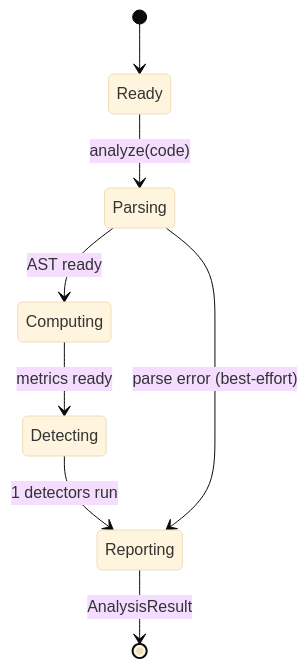
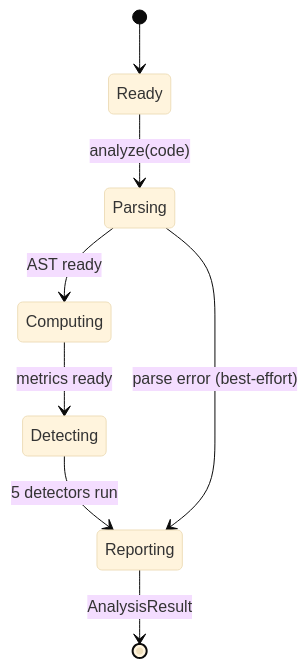
One commit to Anselmoo/mcp-zen-of-languages changed the fourth of 4 diagrams in docs/user-guide/frameworks/vue.md. Above: the diagram before and after it, drawn with Mermaid. The commit also changed other lines of this file and 41 other files, not shown here.

````diff
--- a/docs/user-guide/frameworks/vue.md
+++ b/docs/user-guide/frameworks/vue.md
@@ -156,11 +181,11 @@
     ```mermaid
     %%{init: {"theme": "base"}}%%
     stateDiagram-v2
         [*] --> Ready
         Ready --> Parsing : analyze(code)
         Parsing --> Computing : AST ready
         Computing --> Detecting : metrics ready
-        Detecting --> Reporting : 1 detectors run
+        Detecting --> Reporting : 5 detectors run
         Reporting --> [*] : AnalysisResult
         Parsing --> Reporting : parse error (best-effort)
     ```
````
